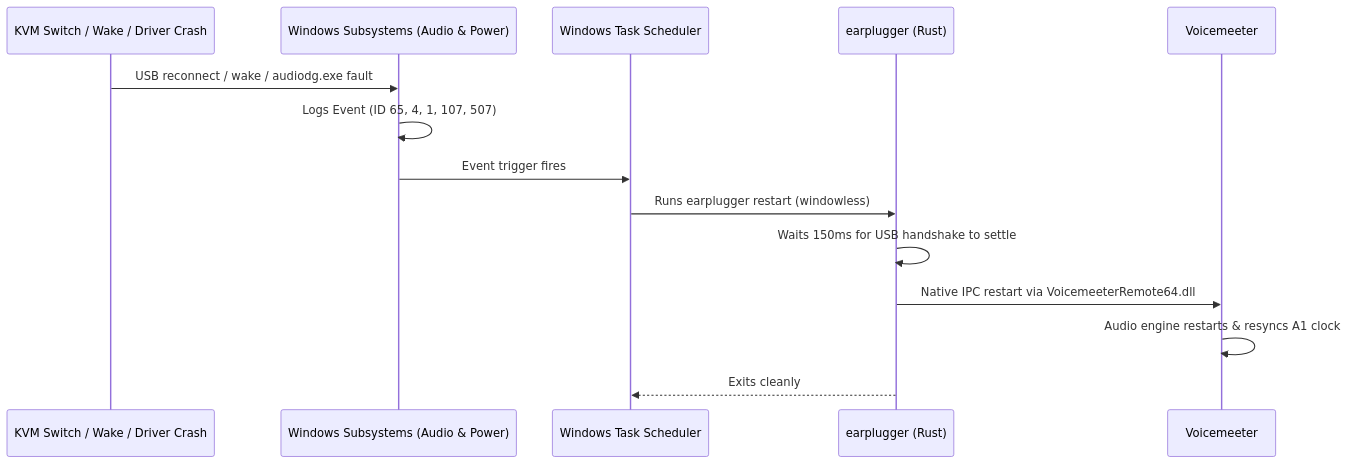
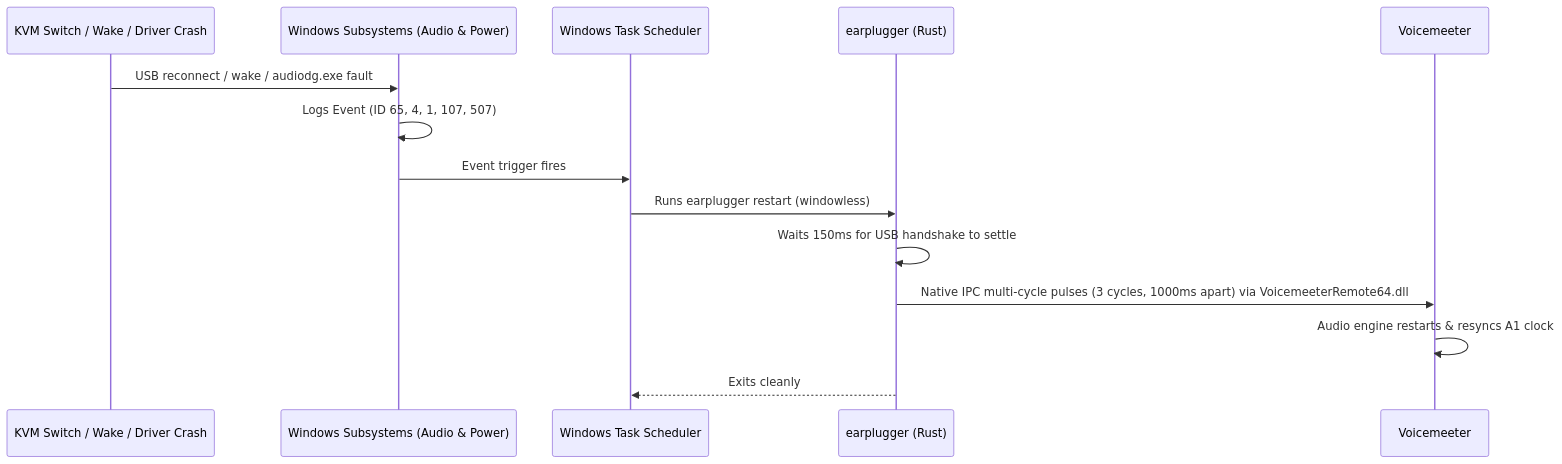
One commit to johnathangallagher/earplugger changed the diagram in README.md. Above: the diagram before and after it, drawn with Mermaid. The commit also changed other lines of this file and 6 other files, not shown here.

````diff
--- a/README.md
+++ b/README.md
@@ -33,17 +33,17 @@
 ```mermaid
 sequenceDiagram
     participant Source as KVM Switch / Wake / Driver Crash
     participant Win as Windows Subsystems (Audio & Power)
     participant Task as Windows Task Scheduler
     participant EP as earplugger (Rust)
     participant VM as Voicemeeter
 
     Source->>Win: USB reconnect / wake / audiodg.exe fault
     Win->>Win: Logs Event (ID 65, 4, 1, 107, 507)
     Win->>Task: Event trigger fires
     Task->>EP: Runs earplugger restart (windowless)
     EP->>EP: Waits 150ms for USB handshake to settle
-    EP->>VM: Native IPC restart via VoicemeeterRemote64.dll
+    EP->>VM: Native IPC multi-cycle pulses (3 cycles, 1000ms apart) via VoicemeeterRemote64.dll
     VM->>VM: Audio engine restarts & resyncs A1 clock
     EP-->>Task: Exits cleanly
 ```
````
